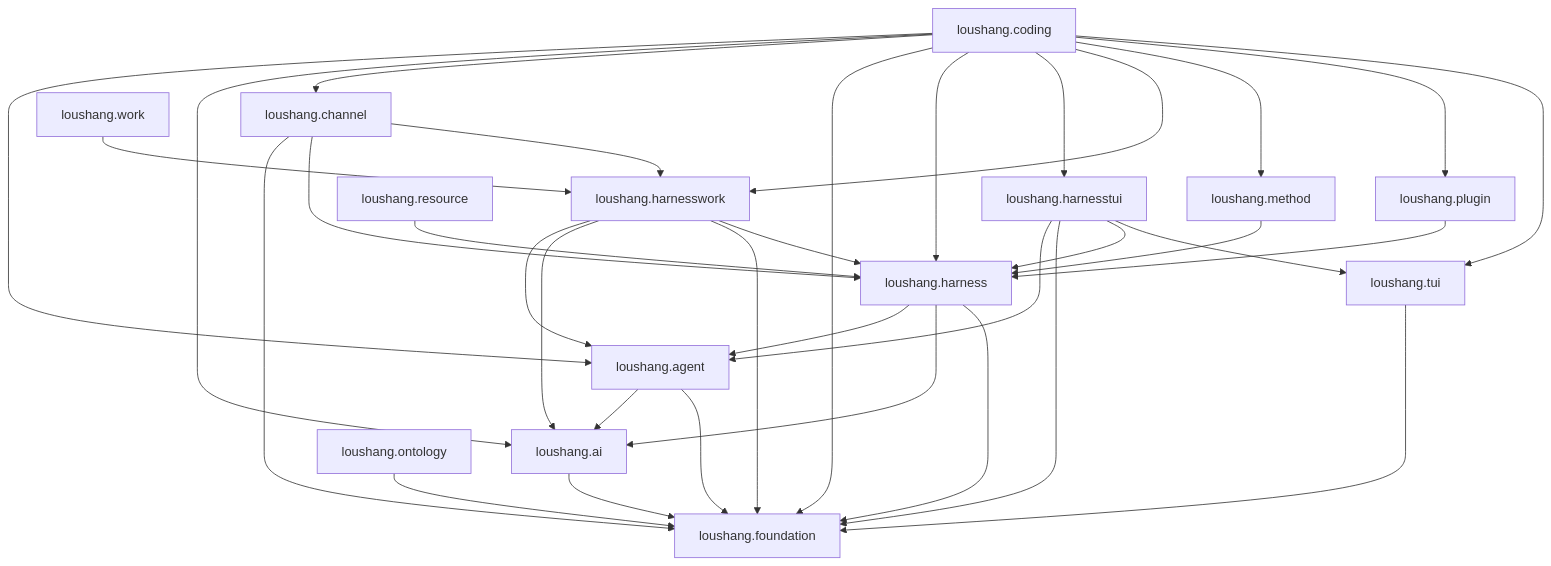
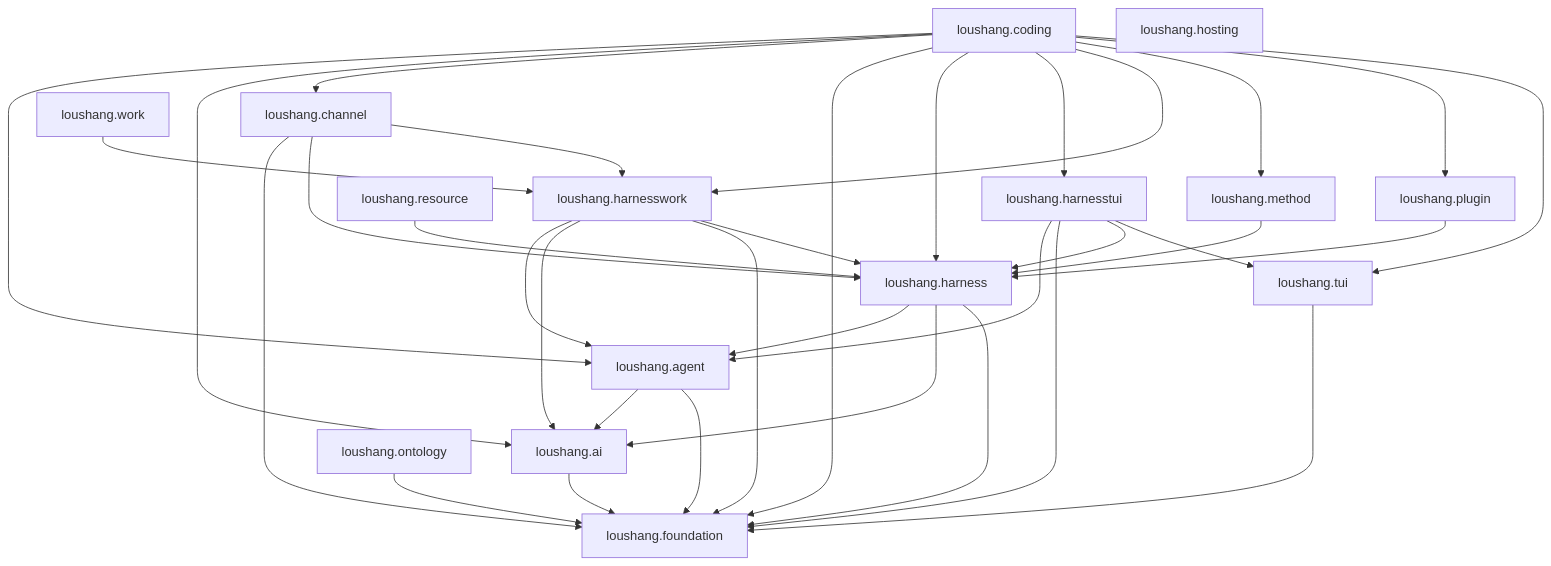
Before and after one commit to zhnt/loushang: the diagram in docs/internals/architecture/generated/current-package-dependencies.md, drawn with Mermaid. The commit also changed other lines of this file and 25 other files, not shown here.

````diff
--- a/docs/internals/architecture/generated/current-package-dependencies.md
+++ b/docs/internals/architecture/generated/current-package-dependencies.md
@@ -27,51 +27,52 @@
 ```mermaid
 graph TD
     PKG_AGENT["loushang.agent"]
     PKG_AI["loushang.ai"]
     PKG_CHANNEL["loushang.channel"]
     PKG_CODING["loushang.coding"]
     PKG_FOUNDATION["loushang.foundation"]
     PKG_HARNESS["loushang.harness"]
     PKG_HARNESSTUI["loushang.harnesstui"]
     PKG_HARNESSWORK["loushang.harnesswork"]
+    PKG_HOSTING["loushang.hosting"]
     PKG_METHOD["loushang.method"]
     PKG_ONTOLOGY["loushang.ontology"]
     PKG_PLUGIN["loushang.plugin"]
     PKG_RESOURCE["loushang.resource"]
     PKG_TUI["loushang.tui"]
     PKG_WORK["loushang.work"]
 
     PKG_AGENT --> PKG_AI
     PKG_AGENT --> PKG_FOUNDATION
     PKG_AI --> PKG_FOUNDATION
     PKG_CHANNEL --> PKG_FOUNDATION
     PKG_CHANNEL --> PKG_HARNESS
     PKG_CHANNEL --> PKG_HARNESSWORK
     PKG_CODING --> PKG_AGENT
     PKG_CODING --> PKG_AI
     PKG_CODING --> PKG_CHANNEL
     PKG_CODING --> PKG_FOUNDATION
     PKG_CODING --> PKG_HARNESS
     PKG_CODING --> PKG_HARNESSTUI
     PKG_CODING --> PKG_HARNESSWORK
     PKG_CODING --> PKG_METHOD
     PKG_CODING --> PKG_PLUGIN
     PKG_CODING --> PKG_TUI
     PKG_HARNESS --> PKG_AGENT
     PKG_HARNESS --> PKG_AI
     PKG_HARNESS --> PKG_FOUNDATION
     PKG_HARNESSTUI --> PKG_AGENT
     PKG_HARNESSTUI --> PKG_FOUNDATION
     PKG_HARNESSTUI --> PKG_HARNESS
     PKG_HARNESSTUI --> PKG_TUI
     PKG_HARNESSWORK --> PKG_AGENT
     PKG_HARNESSWORK --> PKG_AI
     PKG_HARNESSWORK --> PKG_FOUNDATION
     PKG_HARNESSWORK --> PKG_HARNESS
     PKG_METHOD --> PKG_HARNESS
     PKG_ONTOLOGY --> PKG_FOUNDATION
     PKG_PLUGIN --> PKG_HARNESS
     PKG_RESOURCE --> PKG_HARNESS
     PKG_TUI --> PKG_FOUNDATION
     PKG_WORK --> PKG_HARNESSWORK
 ```
````
